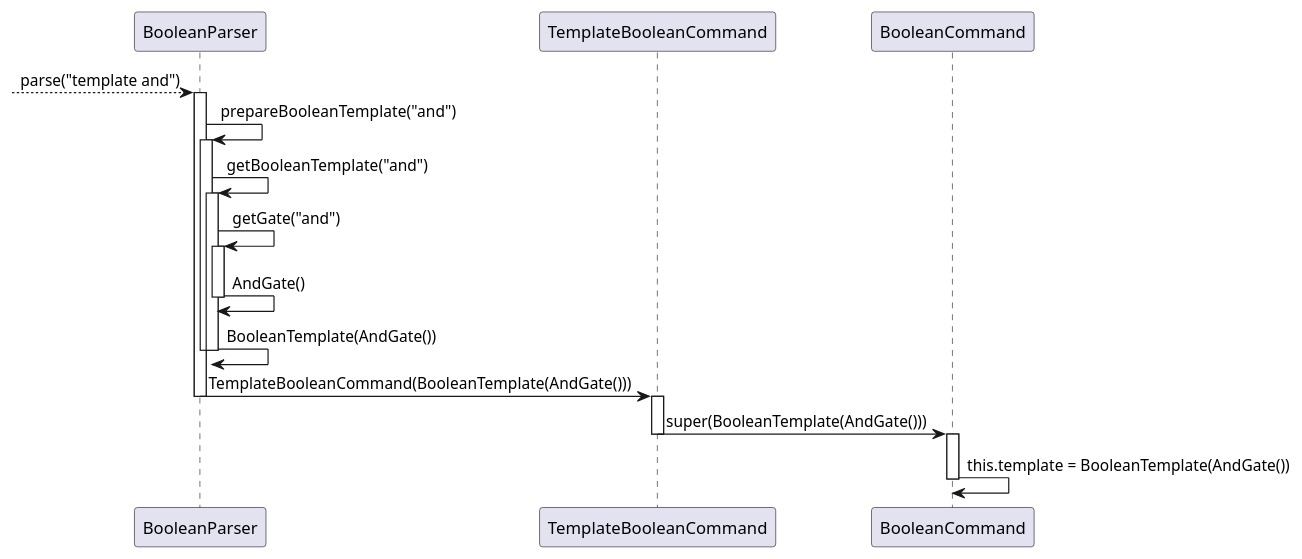
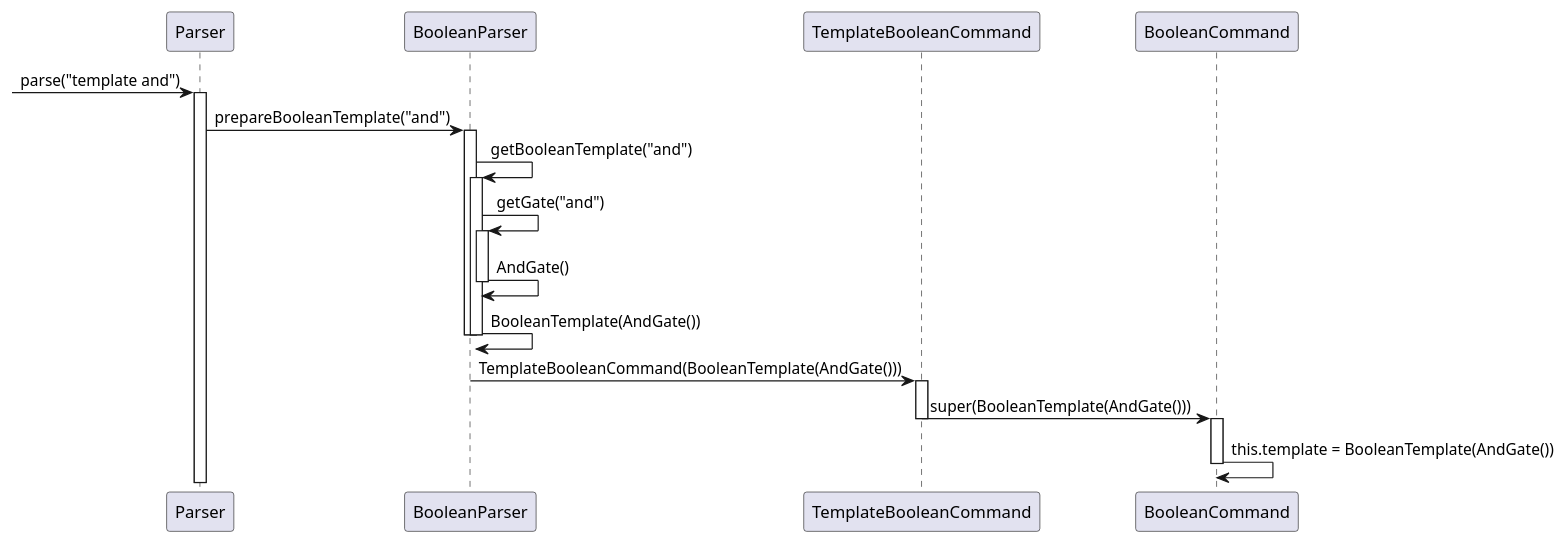
One commit to sevenseasofbri/tp changed the diagram in docs/diagrams/TemplateBooleanCommand.puml. Above: the diagram before and after it, drawn with PlantUML.

```diff
--- a/docs/diagrams/TemplateBooleanCommand.puml
+++ b/docs/diagrams/TemplateBooleanCommand.puml
@@ -1,43 +1,43 @@
 @startuml
--->BooleanParser: parse("template and")
+[->Parser: parse("template and")
 
-activate BooleanParser
+activate Parser
 
-BooleanParser -> BooleanParser: prepareBooleanTemplate("and")
+Parser-> BooleanParser: prepareBooleanTemplate("and")
 
 activate BooleanParser
 
 BooleanParser -> BooleanParser: getBooleanTemplate("and")
 
 activate BooleanParser
 
 BooleanParser -> BooleanParser: getGate("and")
 
 activate BooleanParser
 
 BooleanParser -> BooleanParser: AndGate()
 
 deactivate BooleanParser
 
 BooleanParser -> BooleanParser: BooleanTemplate(AndGate())
 
 deactivate BooleanParser
 
 deactivate BooleanParser
 
 BooleanParser -> TemplateBooleanCommand: TemplateBooleanCommand(BooleanTemplate(AndGate()))
 
 deactivate BooleanParser
 
 activate TemplateBooleanCommand
 
 TemplateBooleanCommand -> BooleanCommand: super(BooleanTemplate(AndGate()))
 
 deactivate TemplateBooleanCommand
 
 activate BooleanCommand
 
 BooleanCommand -> BooleanCommand: this.template = BooleanTemplate(AndGate())
 
 deactivate BooleanCommand
 @enduml
```
